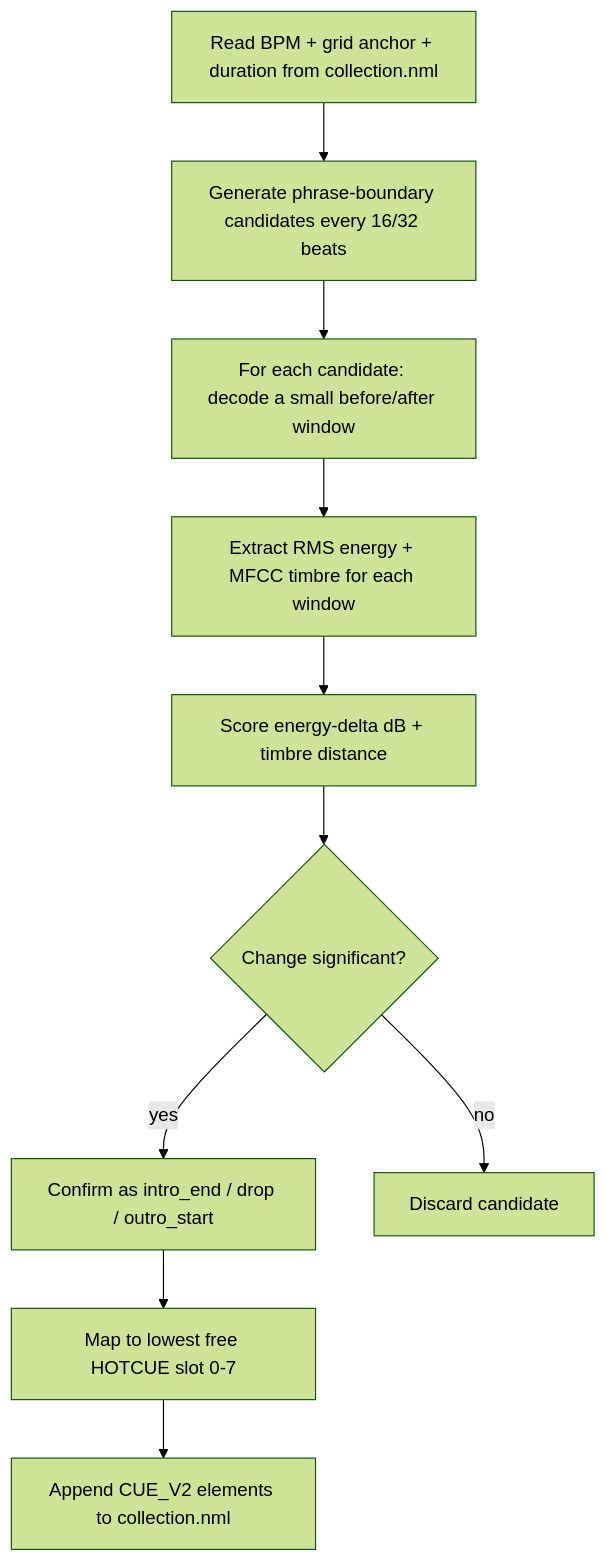
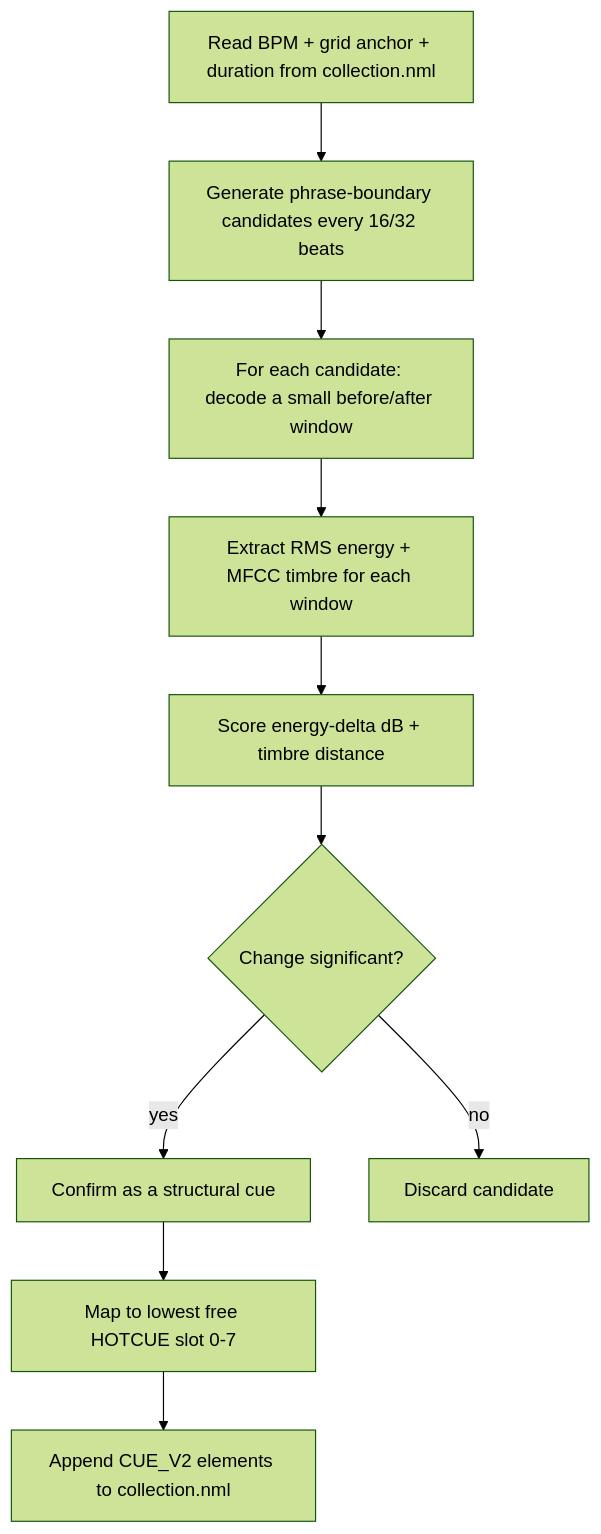
One commit to jesusguzmanjs/arka changed the diagram in README.md. Above: the diagram before and after it, drawn with Mermaid (forest theme). The commit also changed other lines of this file and 29 other files, not shown here.

````diff
--- a/README.md
+++ b/README.md
@@ -171,12 +237,12 @@
 ```mermaid
 flowchart TD
     A[Read BPM + grid anchor + duration from collection.nml] --> B[Generate phrase-boundary candidates every 16/32 beats]
     B --> C[For each candidate: decode a small before/after window]
     C --> D[Extract RMS energy + MFCC timbre for each window]
     D --> E[Score energy-delta dB + timbre distance]
     E --> F{Change significant?}
-    F -->|yes| G[Confirm as intro_end / drop / outro_start]
+    F -->|yes| G[Confirm as a structural cue]
     F -->|no| H[Discard candidate]
     G --> I[Map to lowest free HOTCUE slot 0-7]
     I --> J[Append CUE_V2 elements to collection.nml]
 ```
````
